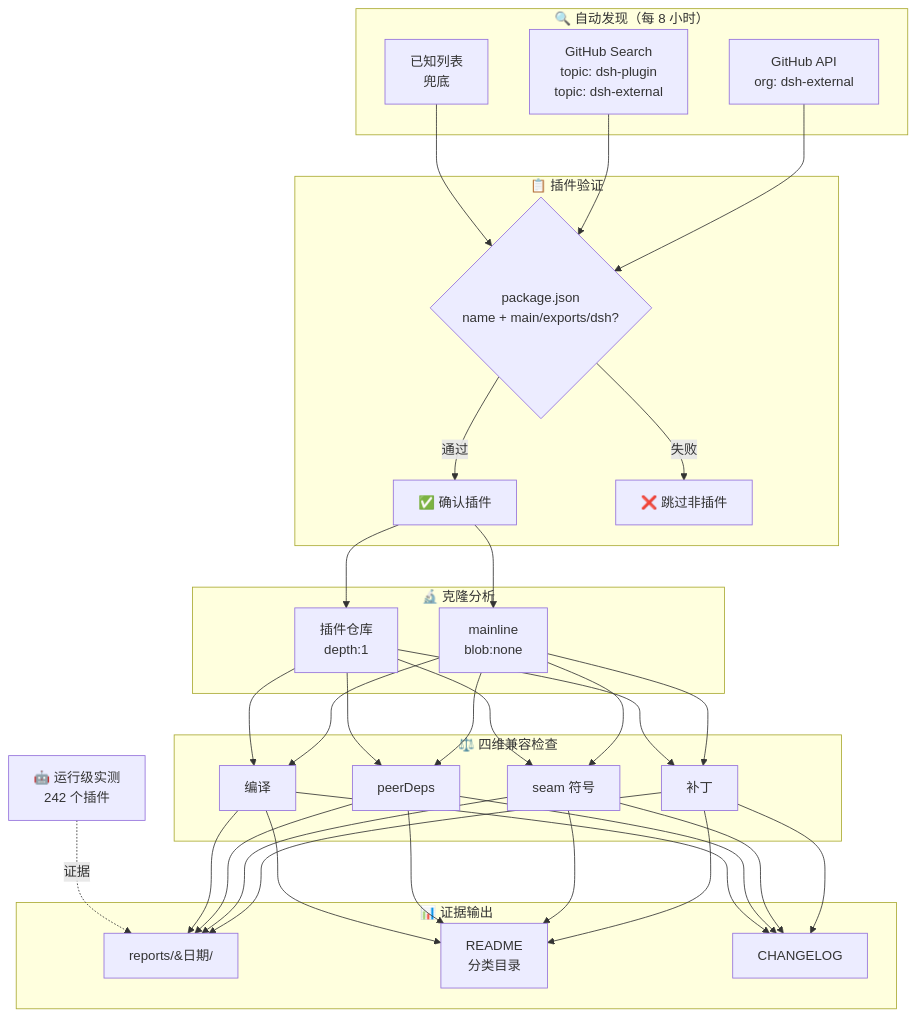
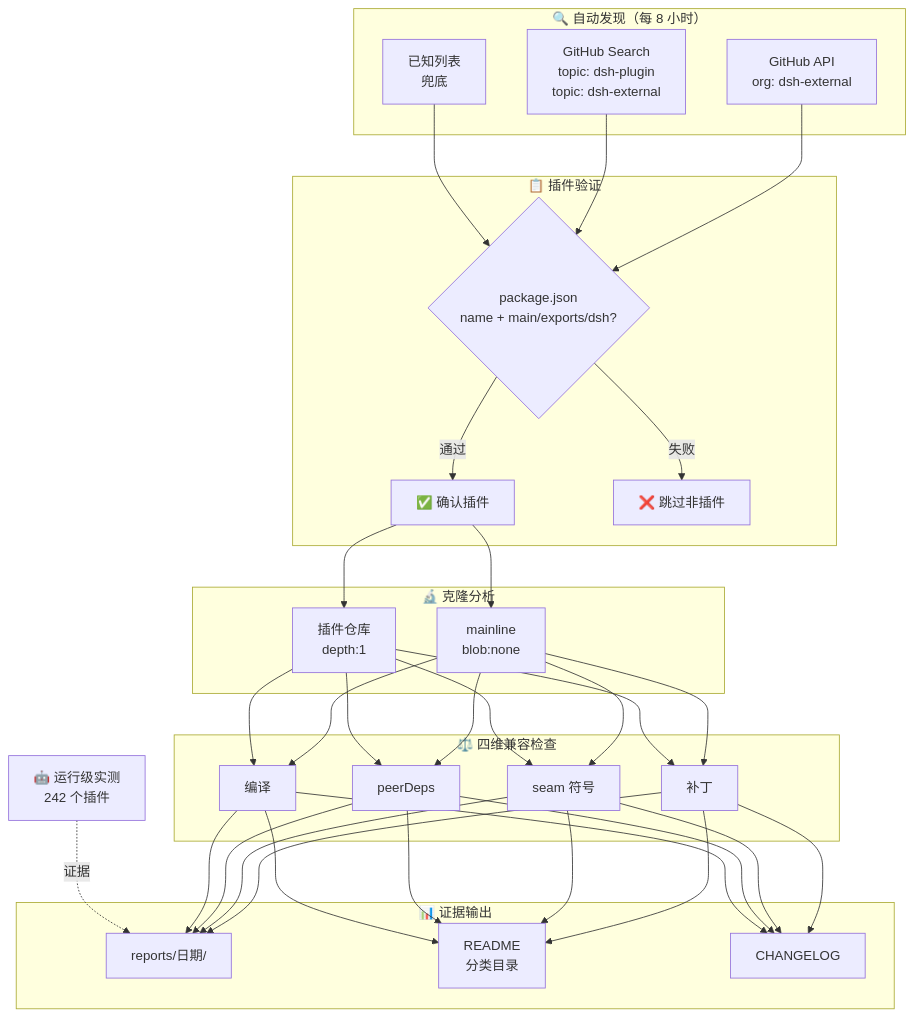
Before and after one commit to AdamPlatin123/awesome-dsh-plugins: the diagram in README.zh-CN.md, drawn with Mermaid. The commit also changed other lines of this file and 2 other files, not shown here.

````diff
--- a/README.zh-CN.md
+++ b/README.zh-CN.md
@@ -22,36 +16,36 @@
 ```mermaid
 graph TB
     subgraph Discovery["🔍 自动发现（每 8 小时）"]
         A1[GitHub API<br/>org: dsh-external]
         A2[GitHub Search<br/>topic: dsh-plugin<br/>topic: dsh-external]
         A3[已知列表<br/>兜底]
     end
     subgraph Validation["📋 插件验证"]
         B1{package.json<br/>name + main/exports/dsh?}
         B1 -->|通过| B2[✅ 确认插件]
         B1 -->|失败| B3[❌ 跳过非插件]
     end
     subgraph Analysis["🔬 克隆分析"]
         C1[mainline<br/>blob:none]
         C2[插件仓库<br/>depth:1]
     end
     subgraph Compat["⚖️ 四维兼容检查"]
         D1[补丁]
         D2[seam 符号]
         D3[peerDeps]
         D4[编译]
     end
     subgraph Output["📊 证据输出"]
-        E1[reports/&#8203;日期/]
+        E1[reports/日期/]
         E2[README<br/>分类目录]
         E3[CHANGELOG]
     end
     RT[🤖 运行级实测<br/>242 个插件]
     A1 --> B1
     A2 --> B1
     A3 --> B1
     B2 --> C1 & C2
     C1 & C2 --> D1 & D2 & D3 & D4
     D1 & D2 & D3 & D4 --> E1 & E2 & E3
     RT -.->|证据| E1
 ```
````
